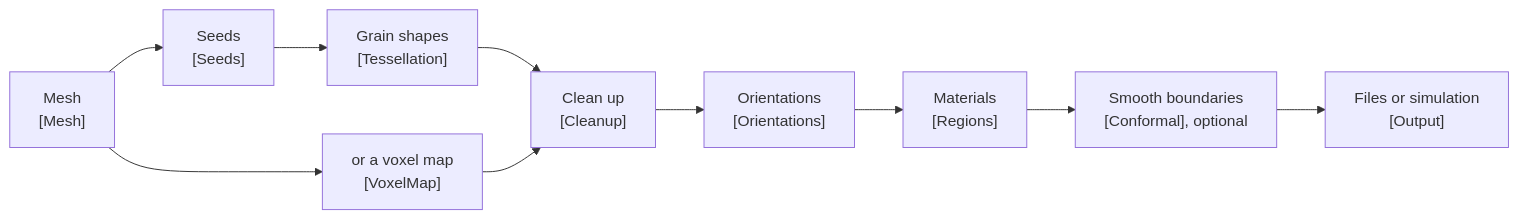
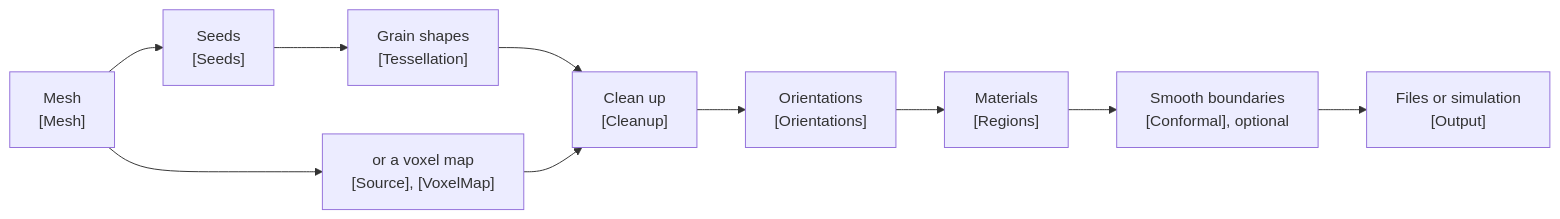
The diagram in doc/microstructure.md (llnl/ExaConstit), drawn with Mermaid before and after one commit. The commit also changed other lines of this file and 21 other files, not shown here.

````diff
--- a/doc/microstructure.md
+++ b/doc/microstructure.md
@@ -190,12 +250,12 @@
 ```mermaid
 flowchart LR
     A["Mesh<br/>[Mesh]"] --> B["Seeds<br/>[Seeds]"]
     B --> C["Grain shapes<br/>[Tessellation]"]
-    A --> V["or a voxel map<br/>[VoxelMap]"]
+    A --> V["or a voxel map<br/>[Source], [VoxelMap]"]
     C --> D["Clean up<br/>[Cleanup]"]
     V --> D
     D --> E["Orientations<br/>[Orientations]"]
     E --> F["Materials<br/>[Regions]"]
     F --> G["Smooth boundaries<br/>[Conformal], optional"]
     G --> H["Files or simulation<br/>[Output]"]
 ```
````
